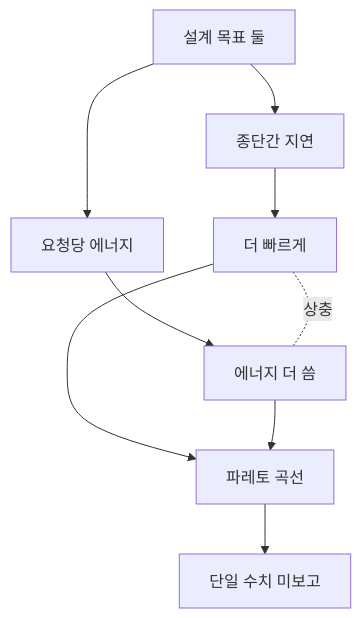
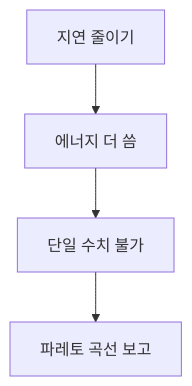
Before and after one commit to yohan4477/semi-report: the first of 10 diagrams in insights/frames/exp/2026-08-27-openai-jalapeno-tech-opus.md, drawn with Mermaid. The commit also changed other lines of this file and 2 other files, not shown here.

````diff
--- a/insights/frames/exp/2026-08-27-openai-jalapeno-tech-opus.md
+++ b/insights/frames/exp/2026-08-27-openai-jalapeno-tech-opus.md
@@ -24,11 +24,6 @@
 ```mermaid
 flowchart TD
-    A["설계 목표 둘"] --> B["종단간 지연"]
-    A --> C["요청당 에너지"]
-    B --> D["더 빠르게"]
-    C --> E["에너지 더 씀"]
-    D -.상충.- E
-    D --> F["파레토 곡선"]
-    E --> F
-    F --> G["단일 수치 미보고"]
+    A["지연 줄이기"] --> B["에너지 더 씀"]
+    B --> C["단일 수치 불가"]
+    C --> D["파레토 곡선 보고"]
 ```
````
